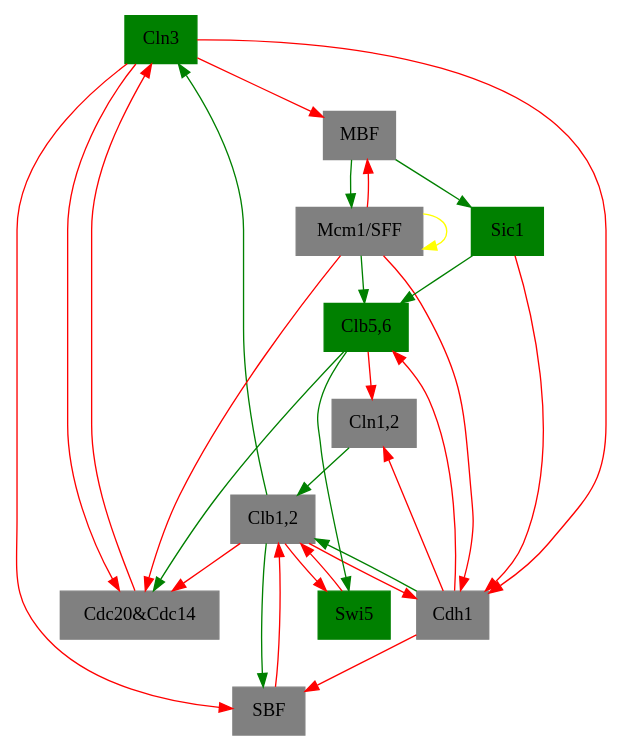
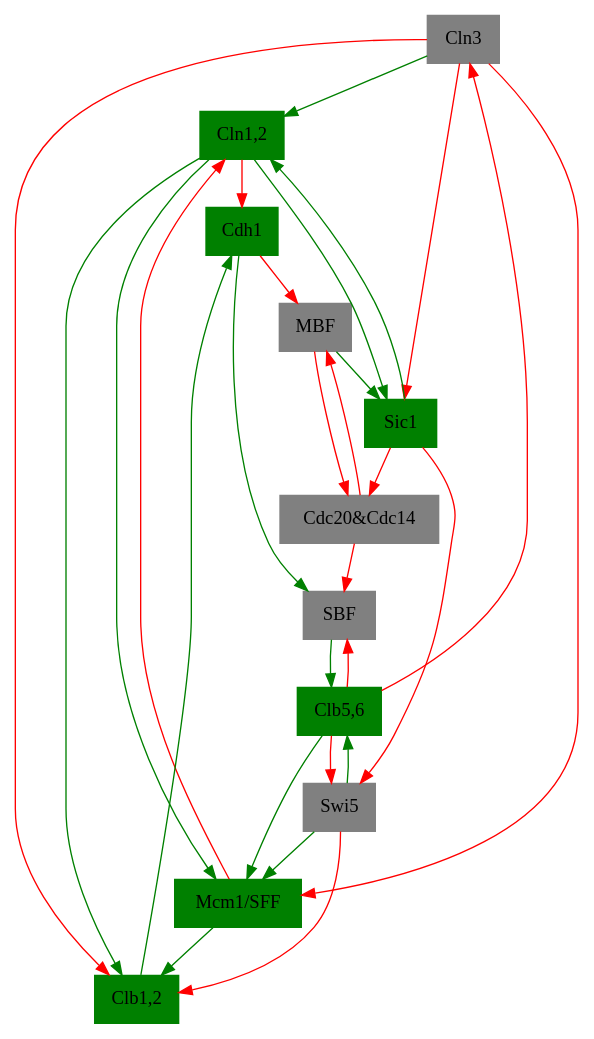
The diagram in graph.gv (ellaqezi/cellCycle), drawn with Graphviz before and after one commit. The commit also changed 1 other file, not shown here.

```diff
--- a/graph.gv
+++ b/graph.gv
@@ -1,61 +1,59 @@
-digraph 10000101100  {
-"Cln3" [shape=box, color=green, style=filled];
-	edge [color=green]; 
-	"Clb1,2" -> "Cln3";
+digraph 00011001111  {
+"Cln3" [shape=box, color=gray, style=filled];
 	edge [color=red]; 
-	"Cdc20&Cdc14" -> "Cln3";
+	"Clb5,6" -> "Cln3";
 "MBF" [shape=box, color=gray, style=filled];
 	edge [color=red]; 
-	"Cln3" -> "MBF";
-	"Mcm1/SFF" -> "MBF";
+	"Cdc20&Cdc14" -> "MBF";
+	"Cdh1" -> "MBF";
 "SBF" [shape=box, color=gray, style=filled];
 	edge [color=green]; 
-	"Clb1,2" -> "SBF";
+	"Cdh1" -> "SBF";
 	edge [color=red]; 
-	"Cdh1" -> "SBF";
-	"Cln3" -> "SBF";
-"Cln1,2" [shape=box, color=gray, style=filled];
+	"Cdc20&Cdc14" -> "SBF";
+	"Clb5,6" -> "SBF";
+"Cln1,2" [shape=box, color=green, style=filled];
+	edge [color=green]; 
+	"Cln3" -> "Cln1,2";
+	"Sic1" -> "Cln1,2";
 	edge [color=red]; 
-	"Cdh1" -> "Cln1,2";
-	"Clb5,6" -> "Cln1,2";
-"Cdh1" [shape=box, color=gray, style=filled];
+	"Mcm1/SFF" -> "Cln1,2";
+"Cdh1" [shape=box, color=green, style=filled];
+	edge [color=green]; 
+	"Clb1,2" -> "Cdh1";
 	edge [color=red]; 
-	"Clb1,2" -> "Cdh1";
-	"Cln3" -> "Cdh1";
-	"Mcm1/SFF" -> "Cdh1";
-	"Sic1" -> "Cdh1";
-"Swi5" [shape=box, color=green, style=filled];
-	edge [color=green]; 
+	"Cln1,2" -> "Cdh1";
+"Swi5" [shape=box, color=gray, style=filled];
+	edge [color=red]; 
 	"Clb5,6" -> "Swi5";
+	"Sic1" -> "Swi5";
+"Cdc20&Cdc14" [shape=box, color=gray, style=filled];
 	edge [color=red]; 
-	"Clb1,2" -> "Swi5";
-"Cdc20&Cdc14" [shape=box, color=gray, style=filled];
-	edge [color=green]; 
-	"Clb5,6" -> "Cdc20&Cdc14";
-	edge [color=red]; 
-	"Clb1,2" -> "Cdc20&Cdc14";
-	"Cln3" -> "Cdc20&Cdc14";
-	"Mcm1/SFF" -> "Cdc20&Cdc14";
+	"MBF" -> "Cdc20&Cdc14";
+	"Sic1" -> "Cdc20&Cdc14";
 "Clb5,6" [shape=box, color=green, style=filled];
 	edge [color=green]; 
-	"Mcm1/SFF" -> "Clb5,6";
-	"Sic1" -> "Clb5,6";
-	edge [color=red]; 
-	"Cdh1" -> "Clb5,6";
+	"SBF" -> "Clb5,6";
+	"Swi5" -> "Clb5,6";
 "Sic1" [shape=box, color=green, style=filled];
 	edge [color=green]; 
+	"Cln1,2" -> "Sic1";
 	"MBF" -> "Sic1";
-"Clb1,2" [shape=box, color=gray, style=filled];
+	edge [color=red]; 
+	"Cln3" -> "Sic1";
+"Clb1,2" [shape=box, color=green, style=filled];
 	edge [color=green]; 
-	"Cdh1" -> "Clb1,2";
 	"Cln1,2" -> "Clb1,2";
+	"Mcm1/SFF" -> "Clb1,2";
 	edge [color=red]; 
-	"SBF" -> "Clb1,2";
+	"Cln3" -> "Clb1,2";
 	"Swi5" -> "Clb1,2";
-"Mcm1/SFF" [shape=box, color=gray, style=filled];
-	edge [color=yellow]; 
-	"Mcm1/SFF" -> "Mcm1/SFF";
+"Mcm1/SFF" [shape=box, color=green, style=filled];
 	edge [color=green]; 
-	"MBF" -> "Mcm1/SFF";
+	"Clb5,6" -> "Mcm1/SFF";
+	"Cln1,2" -> "Mcm1/SFF";
+	"Swi5" -> "Mcm1/SFF";
+	edge [color=red]; 
+	"Cln3" -> "Mcm1/SFF";
 
 }
```
